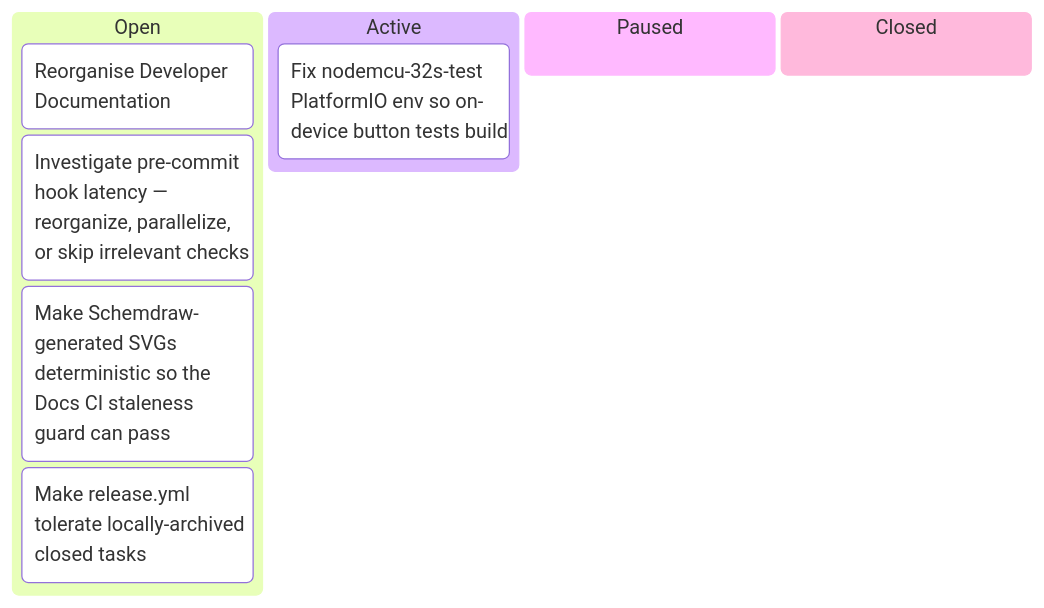
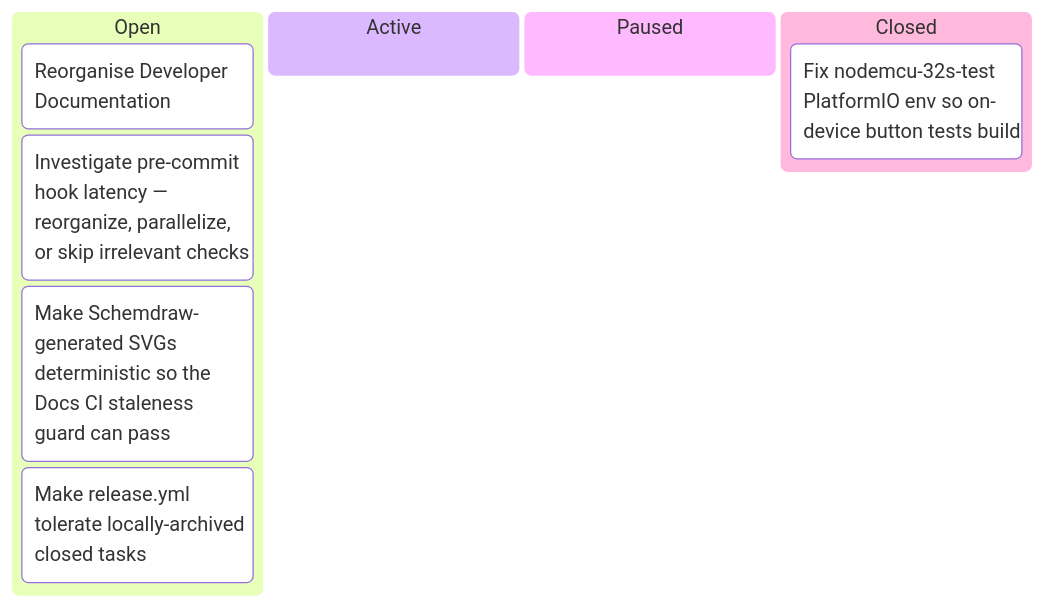
One commit to tgd1975/AwesomeGuitarPedal changed the ninth of 9 diagrams in docs/developers/tasks/KANBAN.md. Above: the diagram before and after it, drawn with Mermaid. The commit also changed other lines of this file and 3 other files, not shown here.

Commit message:
close TASK-388: Fix nodemcu-32s-test PlatformIO env so on-device button tests build

````diff
--- a/docs/developers/tasks/KANBAN.md
+++ b/docs/developers/tasks/KANBAN.md
@@ -137,12 +137,12 @@
 ```mermaid
 kanban
   Open
     TASK_148["Reorganise Developer Documentation"]
     TASK_352["Investigate pre-commit hook latency — reorganize, parallelize, or skip irrelevant checks"]
     TASK_370["Make Schemdraw-generated SVGs deterministic so the Docs CI staleness guard can pass"]
     TASK_374["Make release.yml tolerate locally-archived closed tasks"]
   Active
-    TASK_388["Fix nodemcu-32s-test PlatformIO env so on-device button tests build"]
   Paused
   Closed
+    TASK_388["Fix nodemcu-32s-test PlatformIO env so on-device button tests build"]
 ```
````
